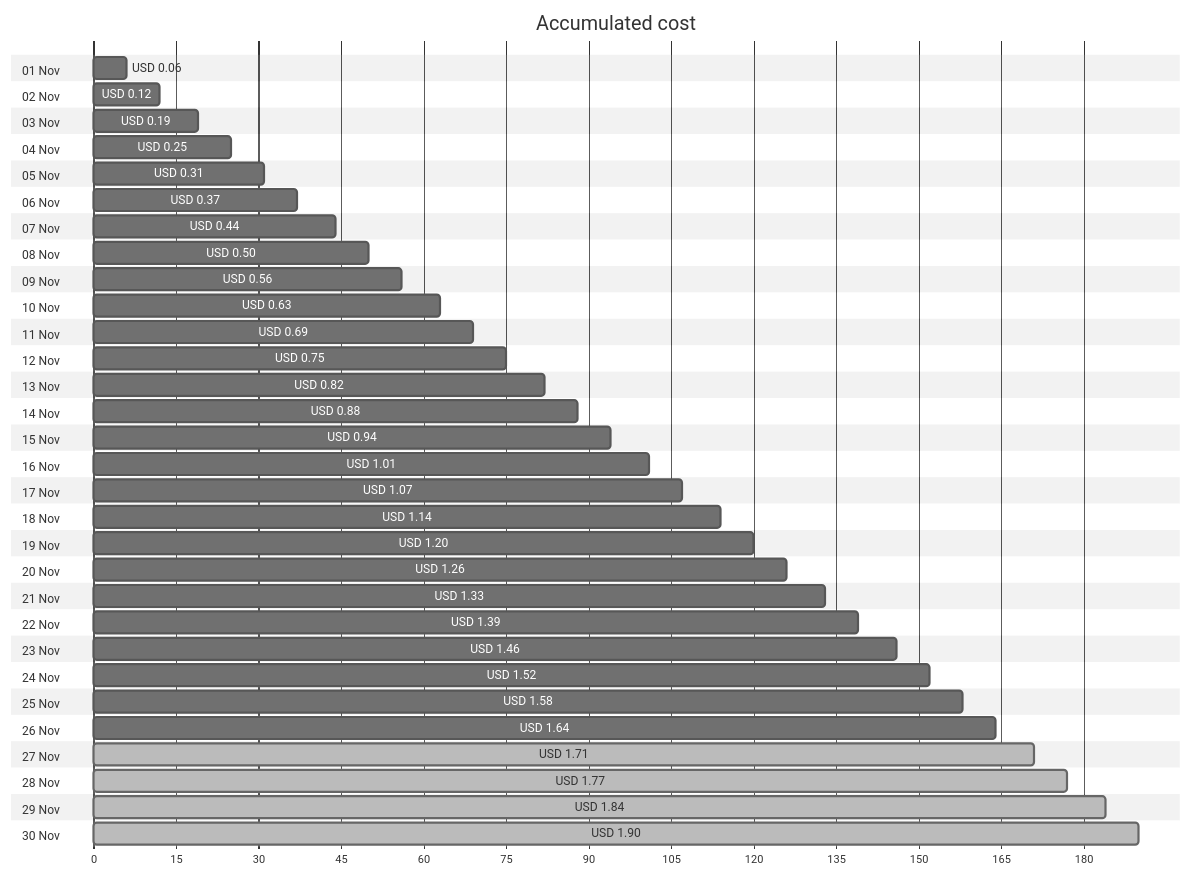
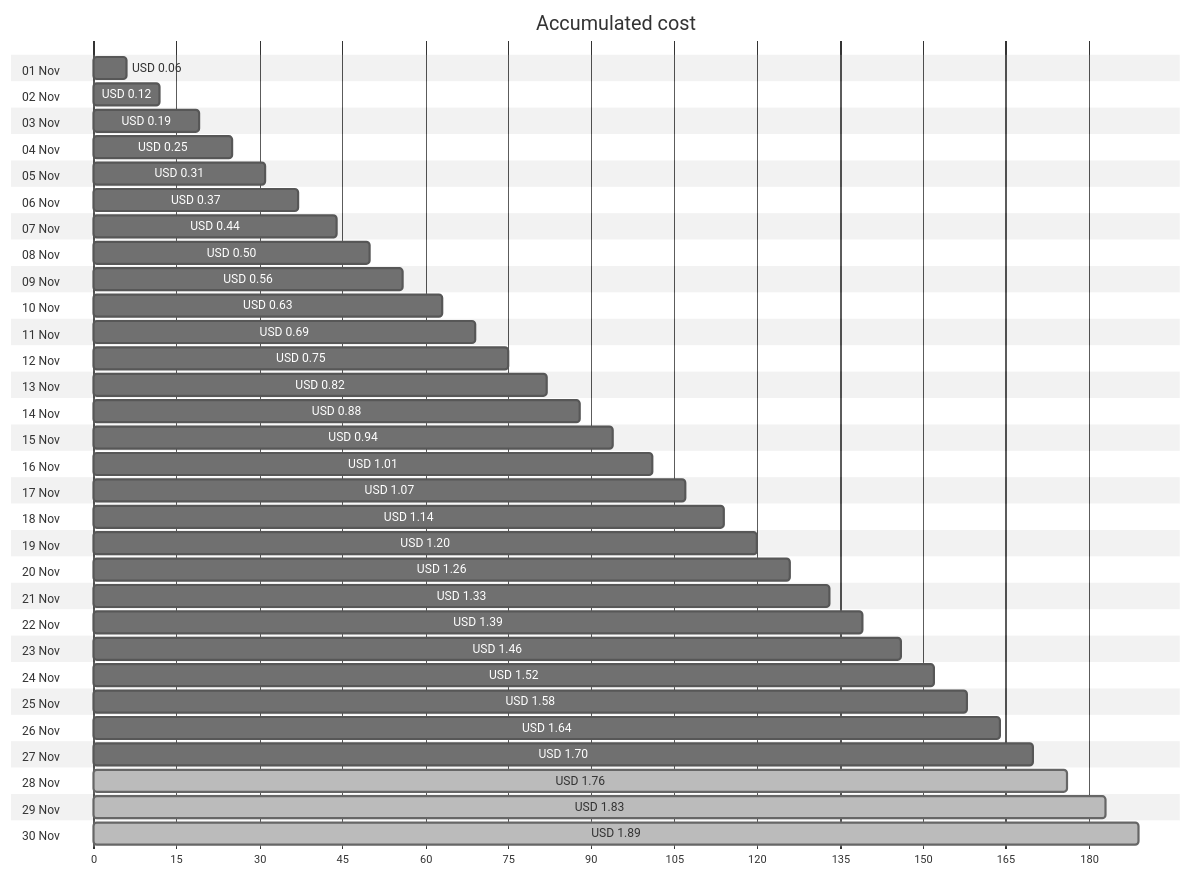
Before and after one commit to jpfulton/azure-personal-reports: the first of 4 diagrams in cost-reports/personal-network/backup-server_OsDisk.md, drawn with Mermaid (neutral theme). The commit also changed other lines of this file and 8 other files, not shown here.

````diff
--- a/cost-reports/personal-network/backup-server_OsDisk.md
+++ b/cost-reports/personal-network/backup-server_OsDisk.md
@@ -20,66 +20,66 @@
 ```mermaid
 gantt
    title Accumulated cost
    dateFormat  X
    axisFormat %s
    section 01 Nov
    USD 0.06 :0, 6
    section 02 Nov
    USD 0.12 :0, 12
    section 03 Nov
    USD 0.19 :0, 19
    section 04 Nov
    USD 0.25 :0, 25
    section 05 Nov
    USD 0.31 :0, 31
    section 06 Nov
    USD 0.37 :0, 37
    section 07 Nov
    USD 0.44 :0, 44
    section 08 Nov
    USD 0.50 :0, 50
    section 09 Nov
    USD 0.56 :0, 56
    section 10 Nov
    USD 0.63 :0, 63
    section 11 Nov
    USD 0.69 :0, 69
    section 12 Nov
    USD 0.75 :0, 75
    section 13 Nov
    USD 0.82 :0, 82
    section 14 Nov
    USD 0.88 :0, 88
    section 15 Nov
    USD 0.94 :0, 94
    section 16 Nov
    USD 1.01 :0, 101
    section 17 Nov
    USD 1.07 :0, 107
    section 18 Nov
    USD 1.14 :0, 114
    section 19 Nov
    USD 1.20 :0, 120
    section 20 Nov
    USD 1.26 :0, 126
    section 21 Nov
    USD 1.33 :0, 133
    section 22 Nov
    USD 1.39 :0, 139
    section 23 Nov
    USD 1.46 :0, 146
    section 24 Nov
    USD 1.52 :0, 152
    section 25 Nov
    USD 1.58 :0, 158
    section 26 Nov
    USD 1.64 :0, 164
    section 27 Nov
-   USD 1.71 : done, 0, 171
+   USD 1.70 :0, 170
    section 28 Nov
-   USD 1.77 : done, 0, 177
+   USD 1.76 : done, 0, 176
    section 29 Nov
-   USD 1.84 : done, 0, 184
+   USD 1.83 : done, 0, 183
    section 30 Nov
-   USD 1.90 : done, 0, 190
+   USD 1.89 : done, 0, 189
 ```
````
